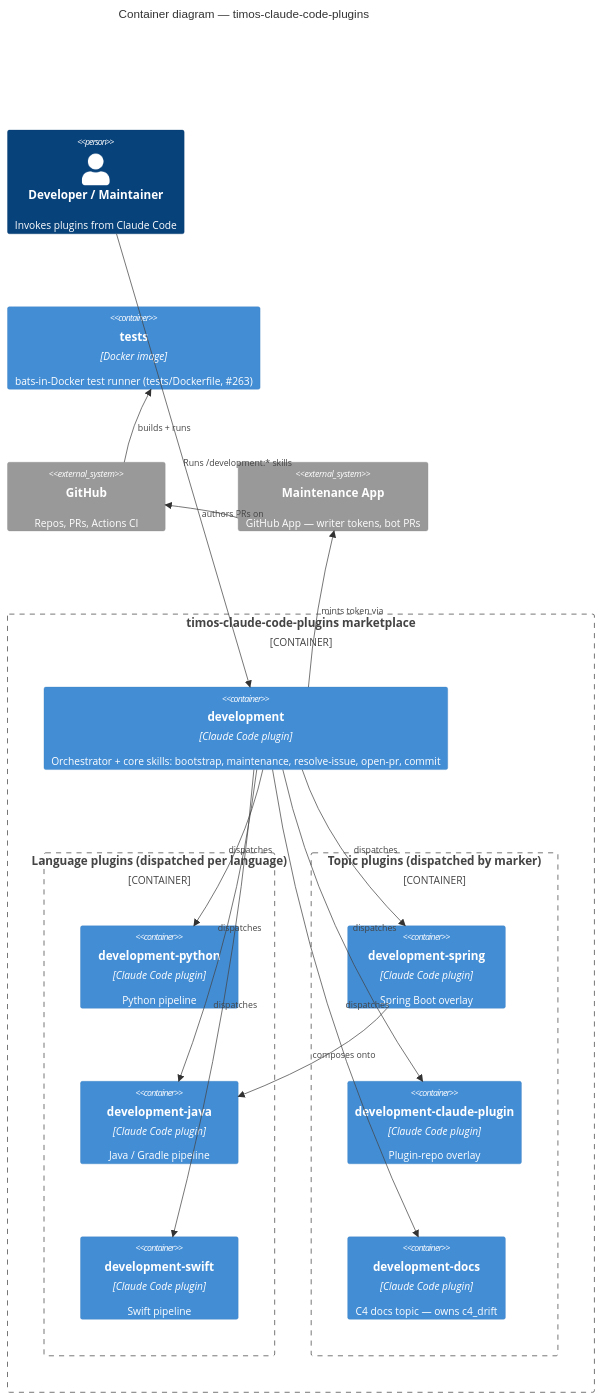
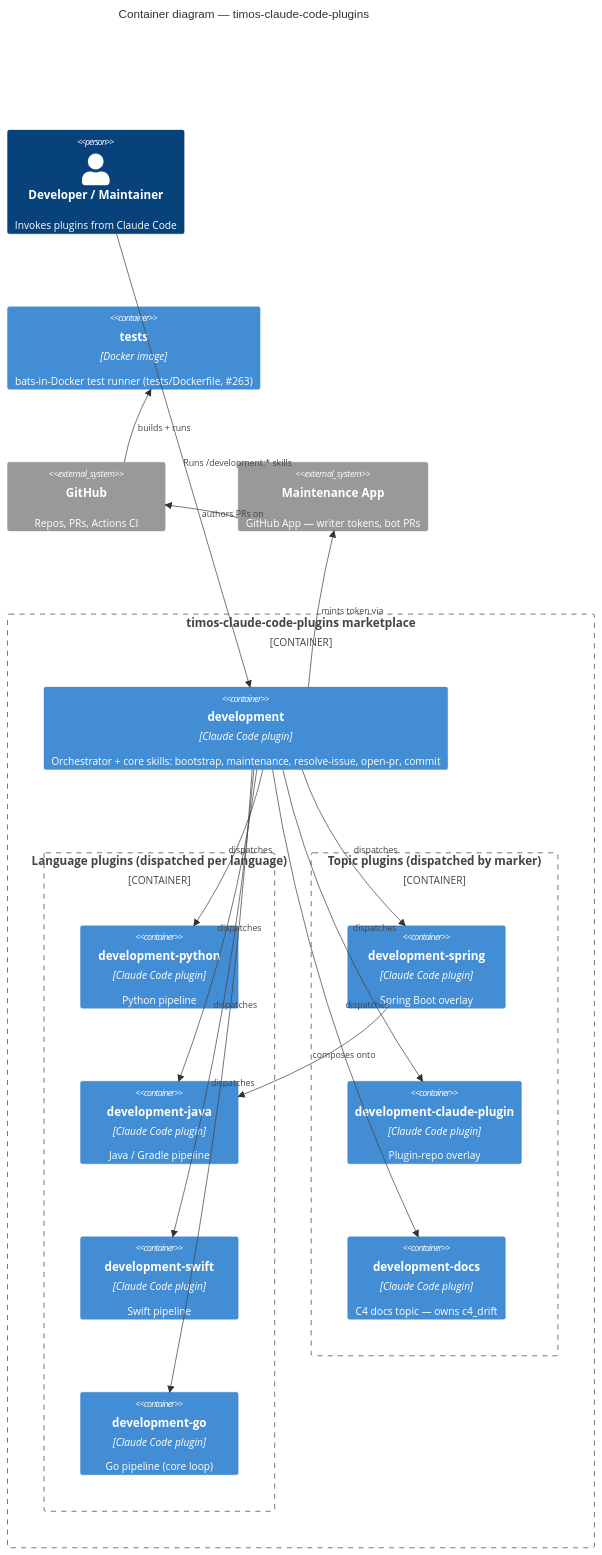
Before and after one commit to timo-jakob/timos-claude-code-plugins: the diagram in docs/architecture/c4-container.md, drawn with Mermaid. The commit also changed 16 other files, not shown here.

First line of the commit message:
feat(go): development-go core loop — scaffold, gather, dispatcher, planner, fixers (#885)

````diff
--- a/docs/architecture/c4-container.md
+++ b/docs/architecture/c4-container.md
@@ -31,41 +31,43 @@
 ```mermaid
 C4Container
     title Container diagram — timos-claude-code-plugins
 
     Person(developer, "Developer / Maintainer", "Invokes plugins from Claude Code")
 
     Container_Boundary(marketplace, "timos-claude-code-plugins marketplace") {
         Container(development, "development", "Claude Code plugin", "Orchestrator + core skills: bootstrap, maintenance, resolve-issue, open-pr, commit")
 
         Container_Boundary(langs, "Language plugins (dispatched per language)") {
             Container(development-python, "development-python", "Claude Code plugin", "Python pipeline")
             Container(development-java, "development-java", "Claude Code plugin", "Java / Gradle pipeline")
             Container(development-swift, "development-swift", "Claude Code plugin", "Swift pipeline")
+            Container(development-go, "development-go", "Claude Code plugin", "Go pipeline (core loop)")
         }
 
         Container_Boundary(topics, "Topic plugins (dispatched by marker)") {
             Container(development-spring, "development-spring", "Claude Code plugin", "Spring Boot overlay")
             Container(development-claude-plugin, "development-claude-plugin", "Claude Code plugin", "Plugin-repo overlay")
             Container(development-docs, "development-docs", "Claude Code plugin", "C4 docs topic — owns c4_drift")
         }
     }
 
     Container(tests, "tests", "Docker image", "bats-in-Docker test runner (tests/Dockerfile, #263)")
 
     System_Ext(github, "GitHub", "Repos, PRs, Actions CI")
     System_Ext(maint_app, "Maintenance App", "GitHub App — writer tokens, bot PRs")
 
     Rel(developer, development, "Runs /development:* skills")
     Rel(development, development-python, "dispatches")
     Rel(development, development-java, "dispatches")
     Rel(development, development-swift, "dispatches")
+    Rel(development, development-go, "dispatches")
     Rel(development, development-spring, "dispatches")
     Rel(development, development-claude-plugin, "dispatches")
     Rel(development, development-docs, "dispatches")
     Rel(development-spring, development-java, "composes onto")
     Rel(development, maint_app, "mints token via")
     Rel(maint_app, github, "authors PRs on")
     Rel(github, tests, "builds + runs")
 
     UpdateLayoutConfig($c4ShapeInRow="2", $c4BoundaryInRow="2")
 ```
````
